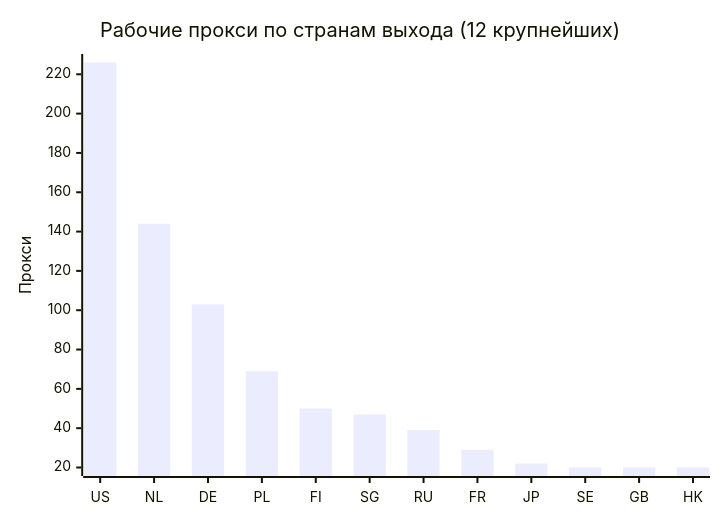
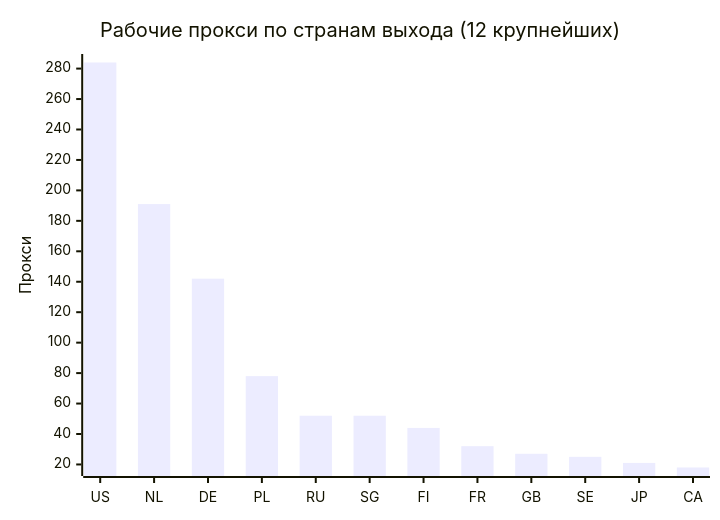
One commit to rvvg/proxy-subs changed the second of 4 diagrams in README.md. Above: the diagram before and after it, drawn with Mermaid. The commit also changed other lines of this file and 53 other files, not shown here.

````diff
--- a/README.md
+++ b/README.md
@@ -132,7 +130,7 @@
 ```mermaid
 xychart-beta
     title "Рабочие прокси по странам выхода (12 крупнейших)"
-    x-axis ["US", "NL", "DE", "PL", "FI", "SG", "RU", "FR", "JP", "SE", "GB", "HK"]
+    x-axis ["US", "NL", "DE", "PL", "RU", "SG", "FI", "FR", "GB", "SE", "JP", "CA"]
     y-axis "Прокси"
-    bar [226, 144, 103, 69, 50, 47, 39, 29, 22, 20, 20, 20]
+    bar [284, 191, 142, 78, 52, 52, 44, 32, 27, 25, 21, 18]
 ```
````
